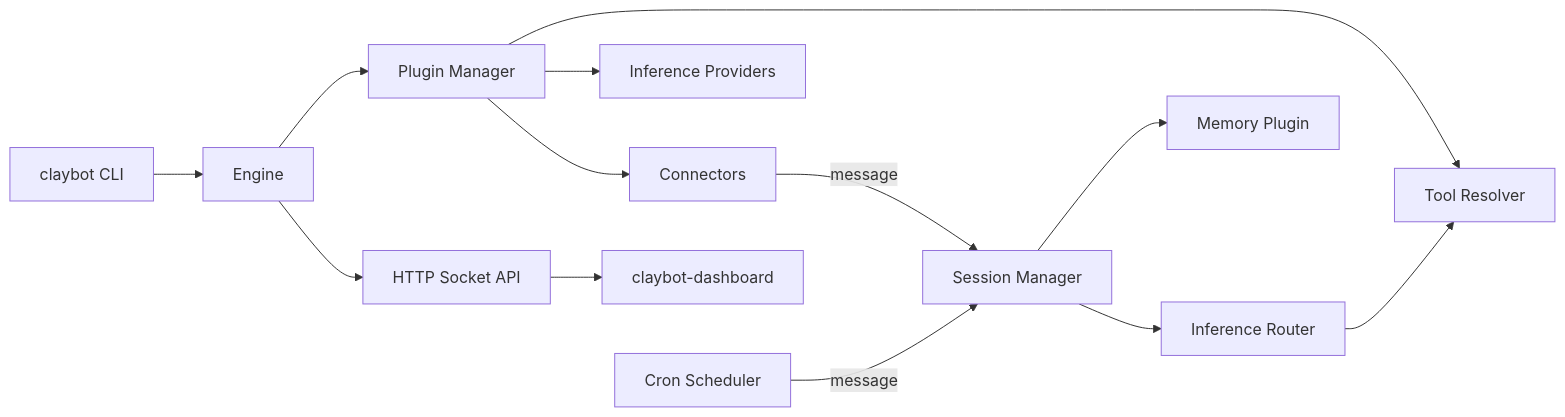
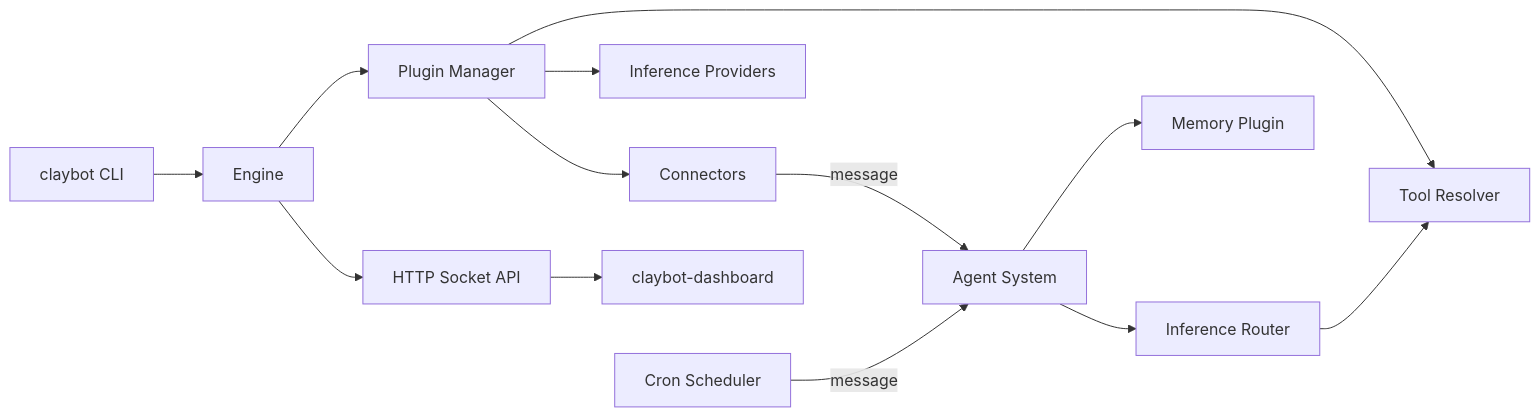
One commit to ex3ndr/claybot changed the diagram in README.md. Above: the diagram before and after it, drawn with Mermaid. The commit also changed other lines of this file and 138 other files, not shown here.

Commit message:
refactor(engine): move to agent-first system

````diff
--- a/README.md
+++ b/README.md
@@ -22,15 +22,15 @@
 ```mermaid
 flowchart LR
   CLI[claybot CLI] --> Engine[Engine]
   Engine --> Plugins[Plugin Manager]
   Plugins --> Connectors[Connectors]
   Plugins --> Inference[Inference Providers]
   Plugins --> Tools[Tool Resolver]
-  Connectors -->|message| Sessions[Session Manager]
-  Cron[Cron Scheduler] -->|message| Sessions
-  Sessions --> InferenceRouter[Inference Router]
+  Connectors -->|message| Agents[Agent System]
+  Cron[Cron Scheduler] -->|message| Agents
+  Agents --> InferenceRouter[Inference Router]
   InferenceRouter --> Tools
-  Sessions --> Memory[Memory Plugin]
+  Agents --> Memory[Memory Plugin]
   Engine --> Socket[HTTP Socket API]
   Socket --> Dashboard[claybot-dashboard]
 ```
````
